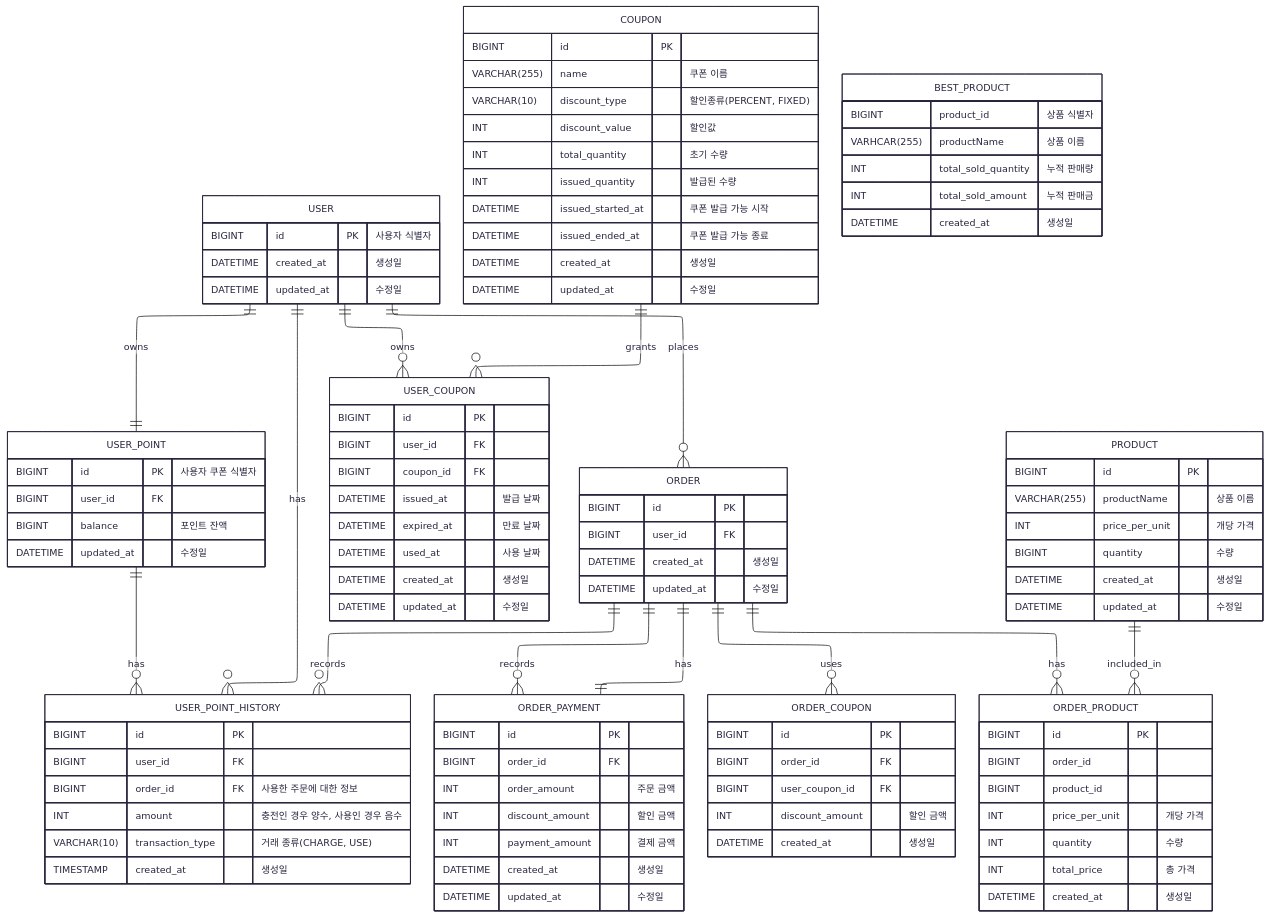
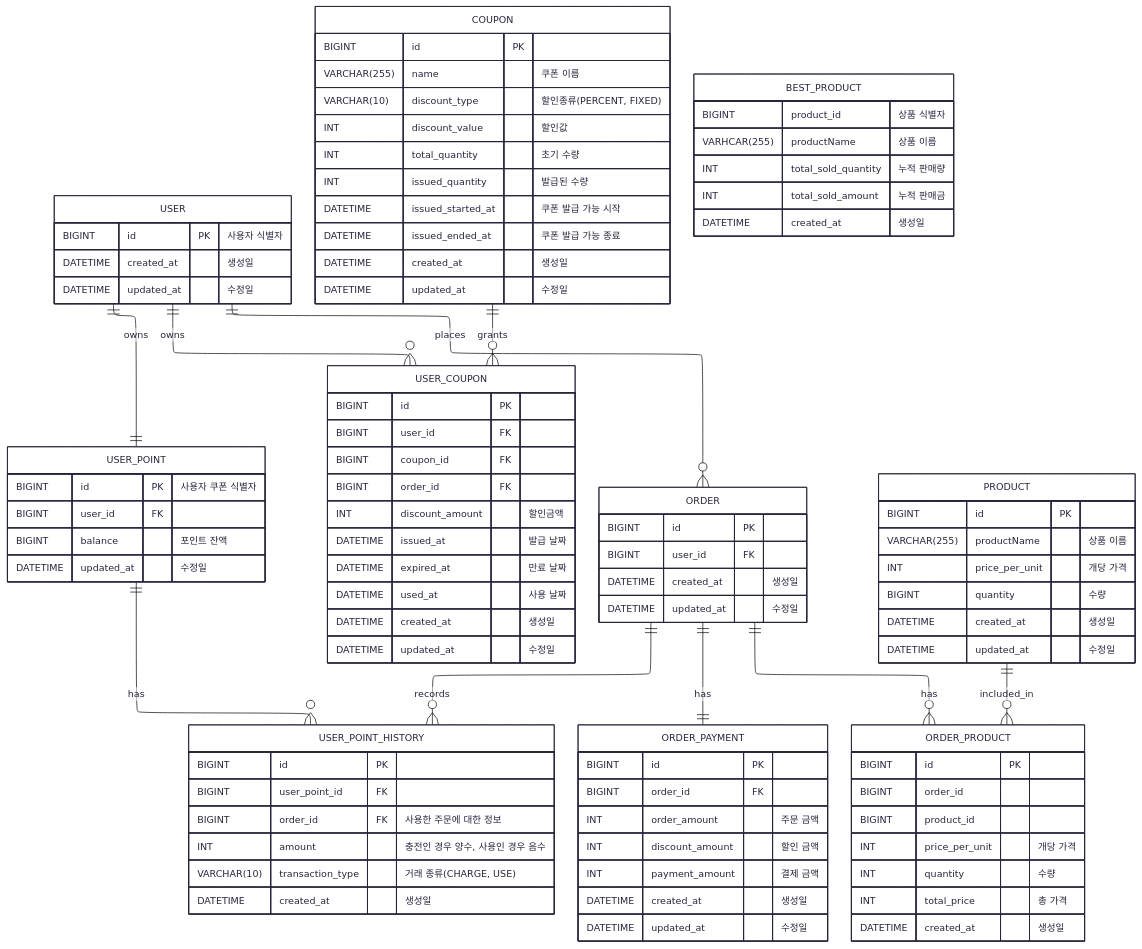
One commit to kdmstj/hanghae_ecommerce changed the diagram in docs/erd.md. Above: the diagram before and after it, drawn with Mermaid.

Commit message:
docs: erd 수정
- USER_POINT 와 USER_POINT_HISTORY 일대다 관계이므로 USER_POINT_HISTORY 테이블에 user_point_id 추가
- USER_POINT_HISTORY 와 USER_ID 관계를 끊고 USER_POINT_HISTORY 에서 user_id 삭제 (USER_POINT_HISTORY 는 USER_POINT 에서 관리한다고 판단했습니다.)
- USER_POINT_HISTORY TIMESTAMP 로 선언된 created_at DATETIME 으로 변경 (2038까지만 표기 가능한 이슈)
- ORDER_COUPON 테이블을 삭제하고, USER_COUPON 에 fk 로 order_id와 discount_amount 를 추가했습니다.
- ORDER 와 ORDER_PAYMENT 일대일 관계로 설정

```diff
--- a/docs/erd.md
+++ b/docs/erd.md
@@ -11,7 +11,6 @@
         DATETIME updated_at "수정일"
     }
     USER ||--|| USER_POINT : owns
-    USER ||--o{ USER_POINT_HISTORY : has
     USER ||--o{ USER_COUPON : owns
     USER ||--o{ ORDER : places   
     USER_POINT {
@@ -23,11 +22,11 @@
     USER_POINT ||--o{ USER_POINT_HISTORY : has
     USER_POINT_HISTORY {
         BIGINT id PK
-        BIGINT user_id FK
+        BIGINT user_point_id FK
         BIGINT order_id FK  "사용한 주문에 대한 정보"
         INT amount "충전인 경우 양수, 사용인 경우 음수"
         VARCHAR(10) transaction_type "거래 종류(CHARGE, USE)"
-        TIMESTAMP created_at "생성일"
+        DATETIME created_at "생성일"
     }
     COUPON {
         BIGINT id PK
@@ -46,6 +45,8 @@
         BIGINT id PK
         BIGINT user_id FK
         BIGINT coupon_id FK
+        BIGINT order_id FK
+        INT discount_amount "할인금액"
         DATETIME issued_at "발급 날짜"
         DATETIME expired_at "만료 날짜"
         DATETIME used_at "사용 날짜"
@@ -60,7 +61,6 @@
     }
     ORDER ||--|| ORDER_PAYMENT : has
     ORDER ||--o{ USER_POINT_HISTORY : records
-    ORDER ||--o{ ORDER_COUPON : uses
     ORDER ||--o{ ORDER_PRODUCT : has
     ORDER_PAYMENT {
         BIGINT id PK
@@ -71,14 +71,7 @@
         DATETIME created_at "생성일"
         DATETIME updated_at "수정일"
     }
-    ORDER_COUPON {
-        BIGINT id PK
-        BIGINT order_id FK
-        BIGINT user_coupon_id FK
-        INT discount_amount "할인 금액"
-        DATETIME created_at "생성일"
-    }
-    ORDER ||--o{ ORDER_PAYMENT : records
+    
     ORDER_PRODUCT {
         BIGINT id PK
         BIGINT order_id
```
